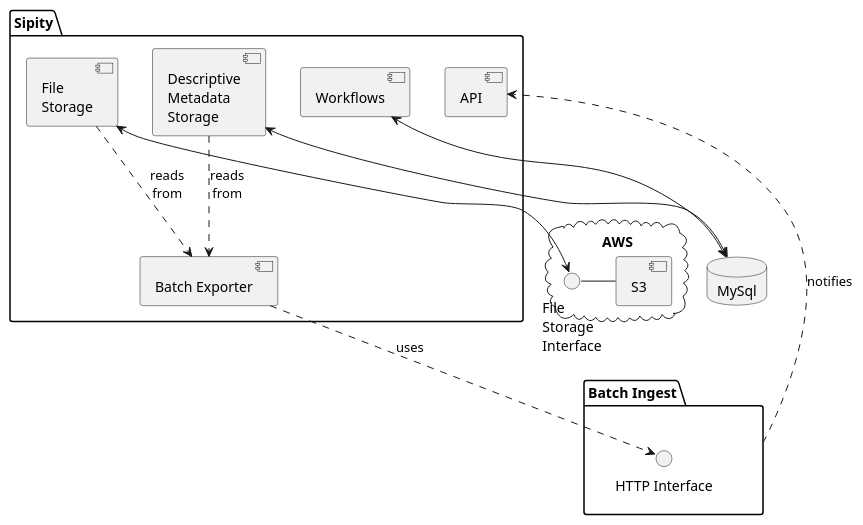
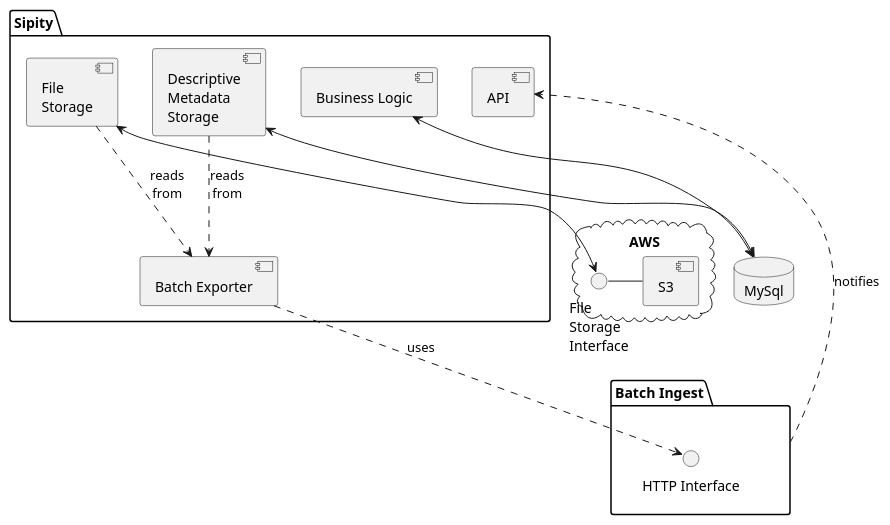
The diagram in plantuml/sipity.puml (ndlib/dam-ecosystem-mapping), drawn with PlantUML before and after one commit. The commit also changed 4 other files, not shown here.

Commit message:
Adding diagrams for systems

```diff
--- a/plantuml/sipity.puml
+++ b/plantuml/sipity.puml
@@ -10,32 +10,32 @@
 @startuml
 
 package "Sipity" {
   component "File\nStorage" as FS
   component "Descriptive\nMetadata\nStorage" as DMS
   component "Batch Exporter" as BE
-  component "Workflows" as SW
+  component "Business Logic" as SBL
   component "API" as SAPI
 
 }
 
 package "Batch Ingest" as BI {
   interface "HTTP Interface" as BIHI
 }
 
 cloud "AWS" {
   interface "File\nStorage\nInterface" as FSI
   component S3
 }
 
 database "MySql"
 
 FS <--> FSI
 FSI - S3
 DMS <--> MySql
 BE ..> BIHI : uses
 FS ..> BE : reads\nfrom
 DMS ..> BE : reads\nfrom
 BI ..> SAPI : notifies
-SW <--> MySql
+SBL <--> MySql
 
 @enduml
```
